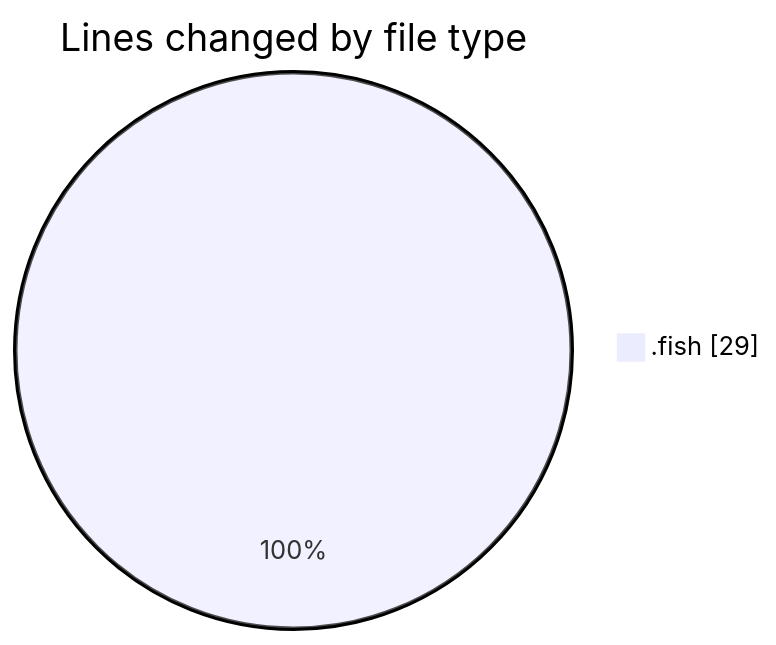
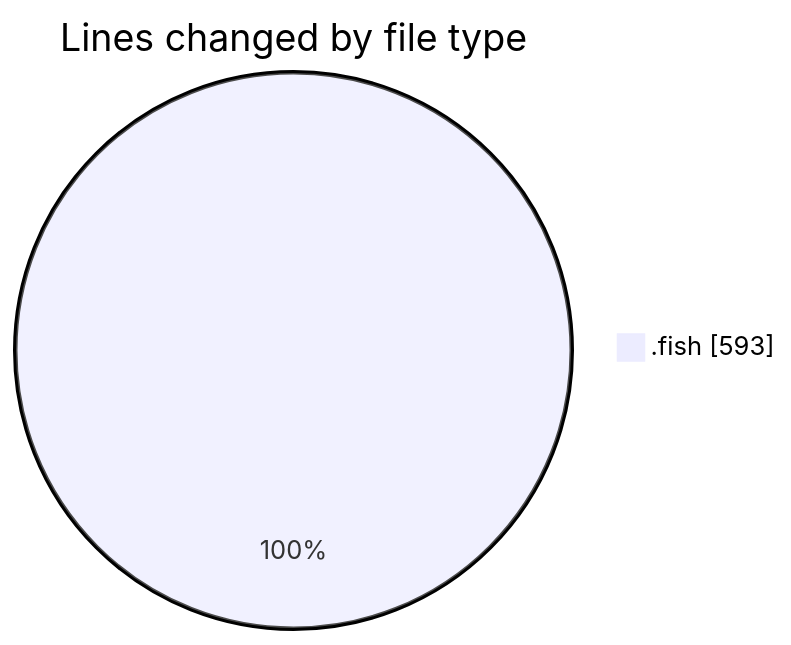
One commit to EIIisD/code-tracking changed the first of 2 diagrams in 2025-07-12/fish/README.md. Above: the diagram before and after it, drawn with Mermaid. The commit also changed other lines of this file and 1 other file, not shown here.

````diff
--- a/2025-07-12/fish/README.md
+++ b/2025-07-12/fish/README.md
@@ -20,5 +21,5 @@
 ```mermaid
 pie showData
 title Lines changed by file type
-".fish" : 29
+".fish" : 593
 ```
````
